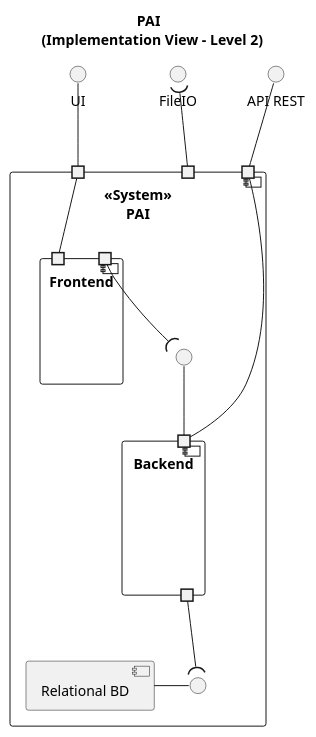
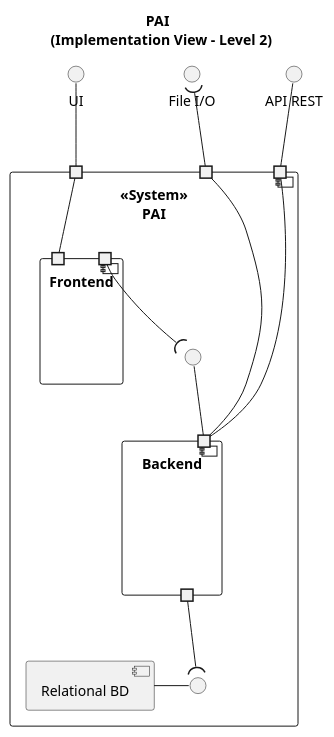
One commit to GasparISEP/DevOps-PAI changed the diagram in docs/Sprint_6/ImplementationView/Level2.puml. Above: the diagram before and after it, drawn with PlantUML. The commit also changed 2 other files, not shown here.

Commit message:
refactor (diagrams): Minor adjustments in Logical and Implementation View Diagrams. Closes #647

```diff
--- a/docs/Sprint_6/ImplementationView/Level2.puml
+++ b/docs/Sprint_6/ImplementationView/Level2.puml
@@ -1,40 +1,41 @@
 @startuml
 
 title "PAI \n (Implementation View - Level 2)"
 
 interface UI
 interface "API REST"
-interface "FileIO" as FileIO
+interface "File I/O" as FileIO
 
 component "<<System>>\nPAI" {
   portin " " as p1
   portin " " as p2
   portin " " as p3
   component Backend
   component Frontend
   component "Relational BD" as BD
   interface " " as I1
   interface " " as I2
 }
 
 component Frontend {
 portin " " as p4
 portin " " as p5
 }
 
 component Backend {
 portin " " as p6
 portout " " as p7
 }
 
 I1 -left- BD
 I2 -down- p6
 
 p1 -up- UI
 p2 -up- "API REST"
 p3 -up-( FileIO
+p6 -up- p3
 p2 -down-p6
 p1 -down-p4
 p7 -down-(I1
 p5 -down-(I2
 @enduml
```
